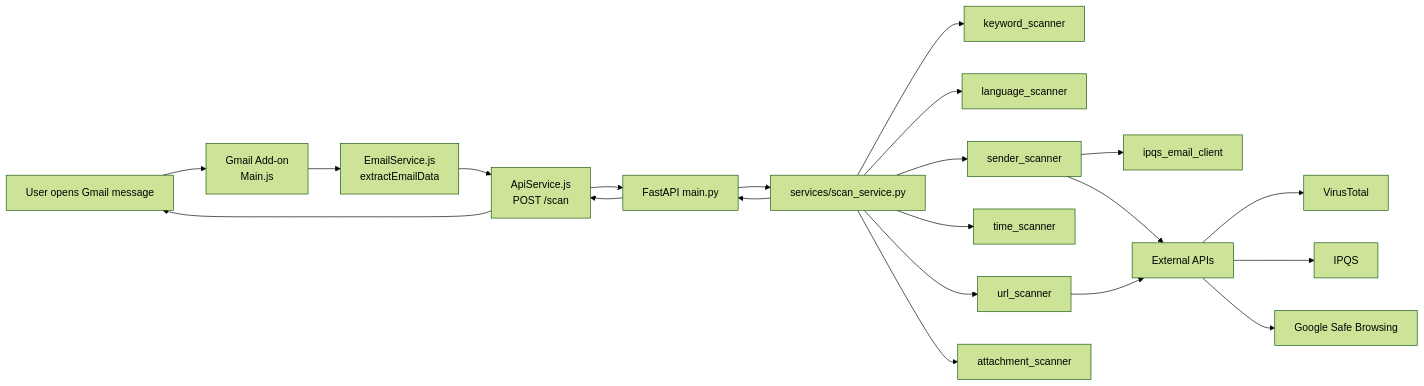
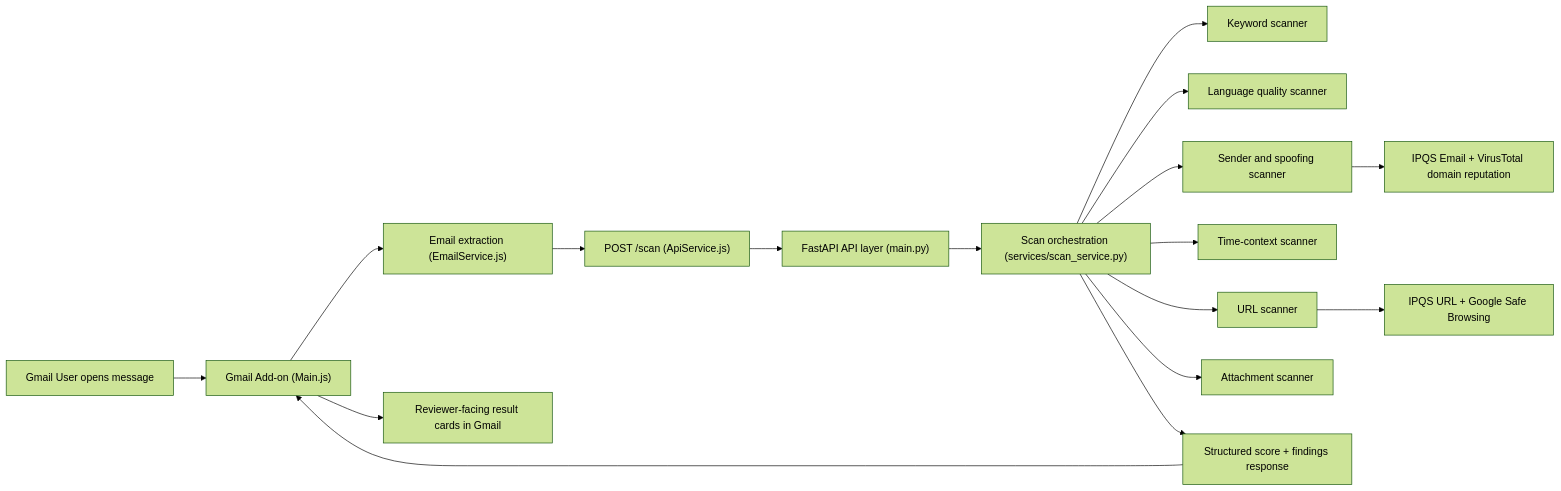
One commit to ronyziv/phishwall-clean-public changed the diagram in README.md. Above: the diagram before and after it, drawn with Mermaid (forest theme). The commit also changed other lines of this file and 24 other files, not shown here.

````diff
--- a/README.md
+++ b/README.md
@@ -57,21 +22,22 @@
 ```mermaid
 flowchart LR
-    U[User opens Gmail message] --> A[Gmail Add-on<br/>Main.js]
-    A --> E[EmailService.js<br/>extractEmailData]
-    E --> P[ApiService.js<br/>POST /scan]
-    P --> B[FastAPI main.py]
-    B --> S[services/scan_service.py]
-    S --> K[keyword_scanner]
-    S --> L[language_scanner]
-    S --> SE[sender_scanner]
-    S --> T[time_scanner]
-    S --> U2[url_scanner]
-    S --> AT[attachment_scanner]
-    SE --> I[ipqs_email_client]
-    U2 --> X[External APIs]
-    SE --> X
-    X --> VT[VirusTotal]
-    X --> IQ[IPQS]
-    X --> GSB[Google Safe Browsing]
-    S --> B --> P --> U
+    GmailUser["Gmail User opens message"] --> GmailAddon["Gmail Add-on (Main.js)"]
+    GmailAddon --> EmailExtraction["Email extraction (EmailService.js)"]
+    EmailExtraction --> BackendRequest["POST /scan (ApiService.js)"]
+    BackendRequest --> FastAPIController["FastAPI API layer (main.py)"]
+    FastAPIController --> ScanOrchestrator["Scan orchestration (services/scan_service.py)"]
+
+    ScanOrchestrator --> KeywordScanner["Keyword scanner"]
+    ScanOrchestrator --> LanguageScanner["Language quality scanner"]
+    ScanOrchestrator --> SenderScanner["Sender and spoofing scanner"]
+    ScanOrchestrator --> TimeScanner["Time-context scanner"]
+    ScanOrchestrator --> UrlScanner["URL scanner"]
+    ScanOrchestrator --> AttachmentScanner["Attachment scanner"]
+
+    SenderScanner --> SenderReputation["IPQS Email + VirusTotal domain reputation"]
+    UrlScanner --> UrlReputation["IPQS URL + Google Safe Browsing"]
+
+    ScanOrchestrator --> ScoredResponse["Structured score + findings response"]
+    ScoredResponse --> GmailAddon
+    GmailAddon --> ReviewerOutput["Reviewer-facing result cards in Gmail"]
 ```
````
